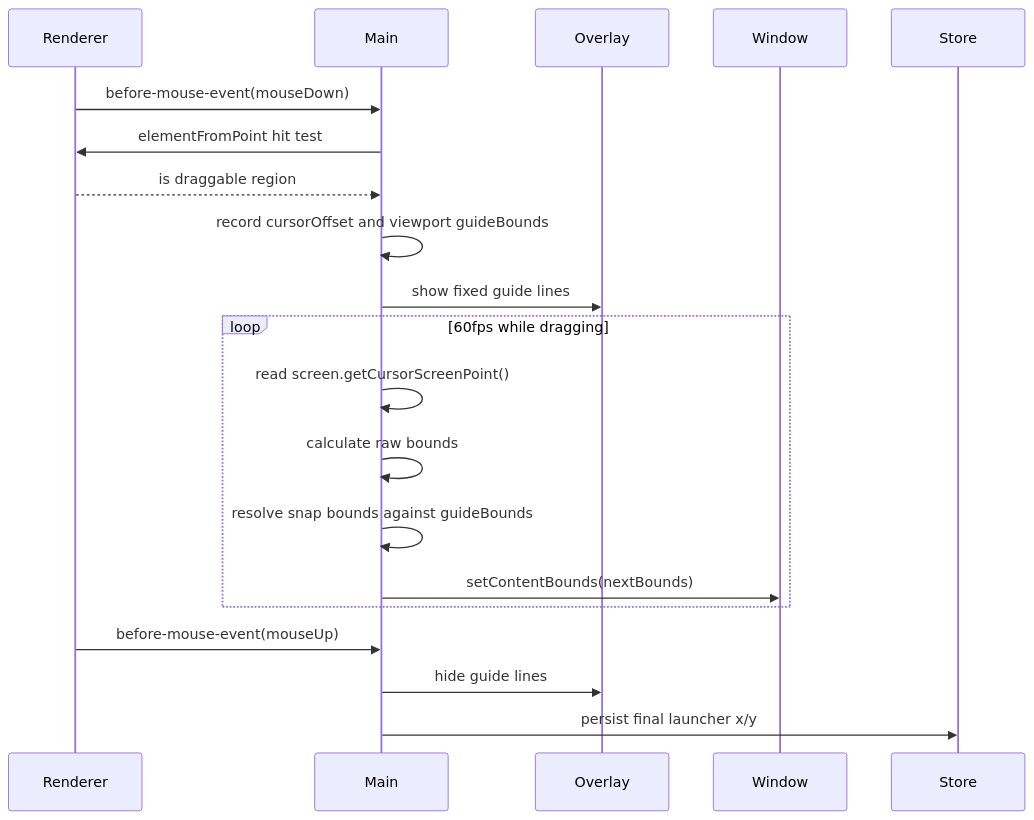
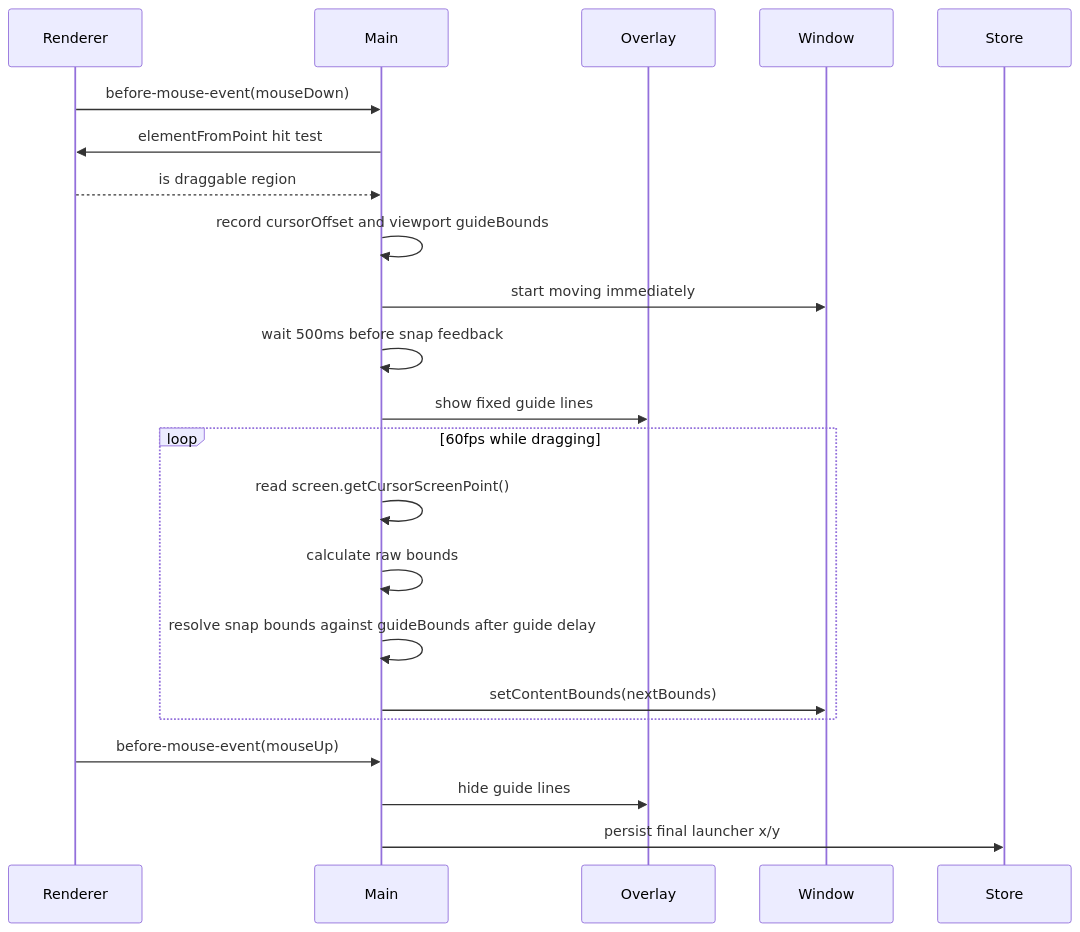
One commit to JunJD/Jingle changed the diagram in docs/launcher-window-snap-overlay-architecture-cn.md. Above: the diagram before and after it, drawn with Mermaid. The commit also changed other lines of this file and 1 other file, not shown here.

````diff
--- a/docs/launcher-window-snap-overlay-architecture-cn.md
+++ b/docs/launcher-window-snap-overlay-architecture-cn.md
@@ -127,25 +133,27 @@
 ```mermaid
 sequenceDiagram
   participant Renderer
   participant Main
   participant Overlay
   participant Window
   participant Store
 
   Renderer->>Main: before-mouse-event(mouseDown)
   Main->>Renderer: elementFromPoint hit test
   Renderer-->>Main: is draggable region
   Main->>Main: record cursorOffset and viewport guideBounds
+  Main->>Window: start moving immediately
+  Main->>Main: wait 500ms before snap feedback
   Main->>Overlay: show fixed guide lines
 
   loop 60fps while dragging
     Main->>Main: read screen.getCursorScreenPoint()
     Main->>Main: calculate raw bounds
-    Main->>Main: resolve snap bounds against guideBounds
+    Main->>Main: resolve snap bounds against guideBounds after guide delay
     Main->>Window: setContentBounds(nextBounds)
   end
 
   Renderer->>Main: before-mouse-event(mouseUp)
   Main->>Overlay: hide guide lines
   Main->>Store: persist final launcher x/y
 ```
````
